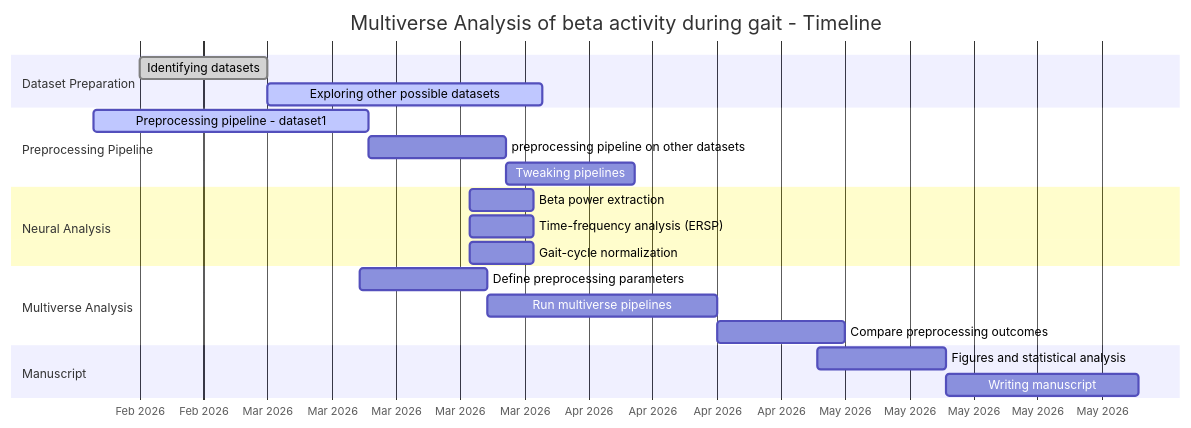
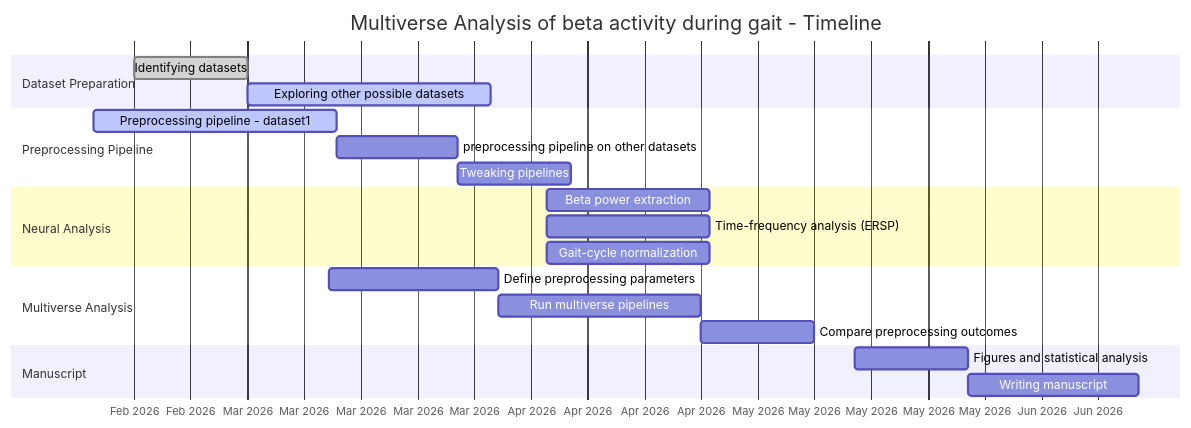
The third of 3 diagrams in readme.md (vaishvd/betaGaitMultiverse), drawn with Mermaid before and after one commit.

Commit message:
Update timeline in readme file

````diff
--- a/readme.md
+++ b/readme.md
@@ -482,29 +482,29 @@
 ```mermaid
 gantt
     title Multiverse Analysis of beta activity during gait - Timeline
     dateFormat  YYYY-MM-DD
     axisFormat  %b %Y
 
     section Dataset Preparation
     Identifying datasets          :done, a1, 2026-02-15, 14d
     Exploring other possible datasets    :active, a2, after a1, 30d
 
     section Preprocessing Pipeline
     Preprocessing pipeline - dataset1    :active, b1, 2026-02-10, 30d
     preprocessing pipeline on other datasets       :b2, after b1, 15d
     Tweaking pipelines          :b3, after b2, 14d
 
     section Neural Analysis
-    Beta power extraction               :c1, 2026-03-23, 7d
-    Time-frequency analysis (ERSP)      :c2, 2026-03-23, 7d
-    Gait-cycle normalization            :c3, 2026-03-23, 7d
+    Beta power extraction               :c1, 2026-04-07, 20d
+    Time-frequency analysis (ERSP)      :c2, 2026-04-07, 20d
+    Gait-cycle normalization            :c3, 2026-04-07, 20d
 
     section Multiverse Analysis
-    Define preprocessing parameters     :d1, 2026-03-11, 14d
+    Define preprocessing parameters     :d1, 2026-03-11, 21d
     Run multiverse pipelines            :d2, after d1, 25d
     Compare preprocessing outcomes      :d3, after d2, 14d
 
     section Manuscript
-    Figures and statistical analysis    :e1, 2026-04-30, 14d
+    Figures and statistical analysis    :e1, 2026-05-15, 14d
     Writing manuscript                  :e2, after e1, 21d
 ```
````
